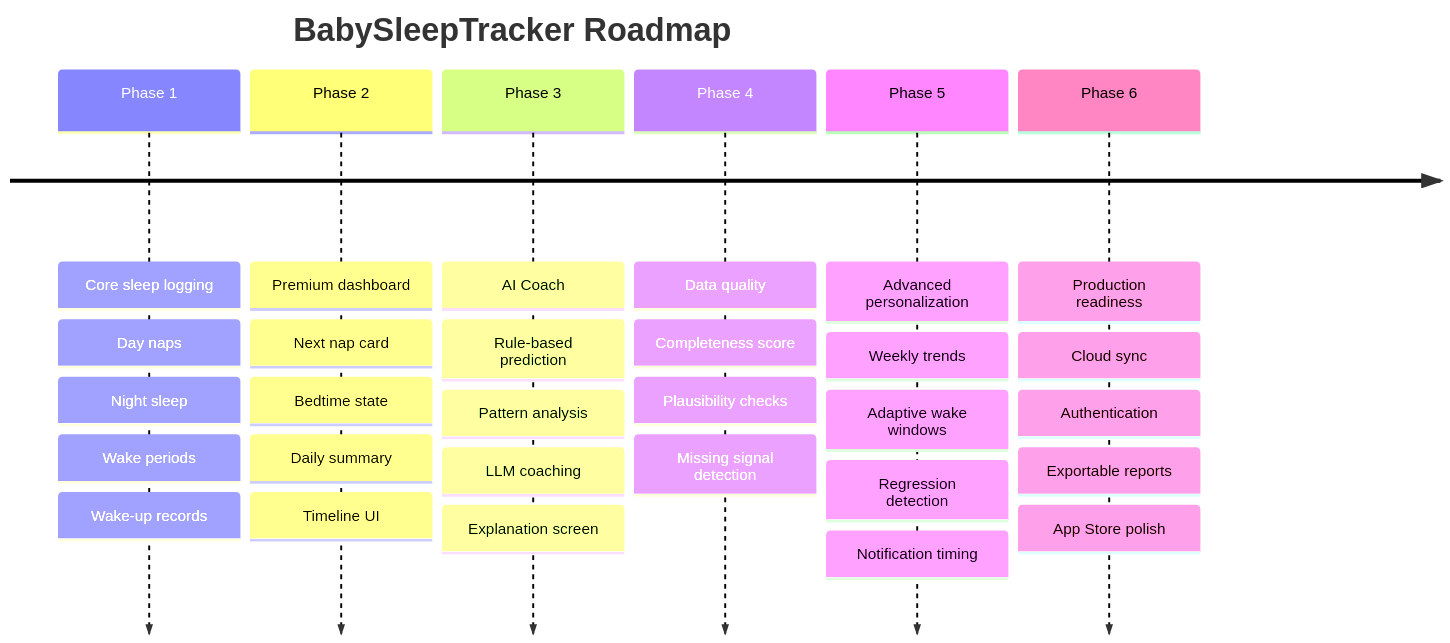
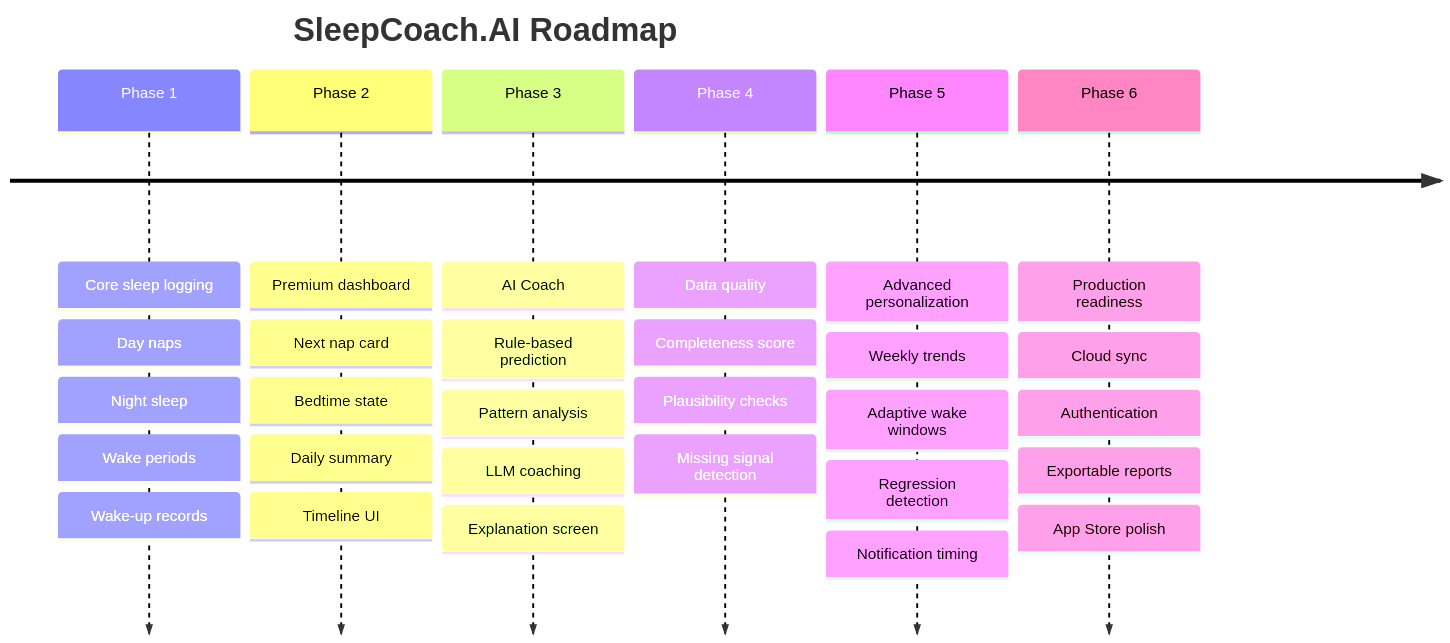
One commit to busrayildiiz/SleepCoach.AI changed the fifth of 5 diagrams in README.md. Above: the diagram before and after it, drawn with Mermaid. The commit also changed other lines of this file, not shown here.

````diff
--- a/README.md
+++ b/README.md
@@ -334,39 +346,39 @@
 ```mermaid
 timeline
-    title BabySleepTracker Roadmap
+    title SleepCoach.AI Roadmap
 
     Phase 1 : Core sleep logging
             : Day naps
             : Night sleep
             : Wake periods
             : Wake-up records
 
     Phase 2 : Premium dashboard
             : Next nap card
             : Bedtime state
             : Daily summary
             : Timeline UI
 
     Phase 3 : AI Coach
             : Rule-based prediction
             : Pattern analysis
             : LLM coaching
             : Explanation screen
 
     Phase 4 : Data quality
             : Completeness score
             : Plausibility checks
             : Missing signal detection
 
     Phase 5 : Advanced personalization
             : Weekly trends
             : Adaptive wake windows
             : Regression detection
             : Notification timing
 
     Phase 6 : Production readiness
             : Cloud sync
             : Authentication
             : Exportable reports
             : App Store polish
 ```
````
